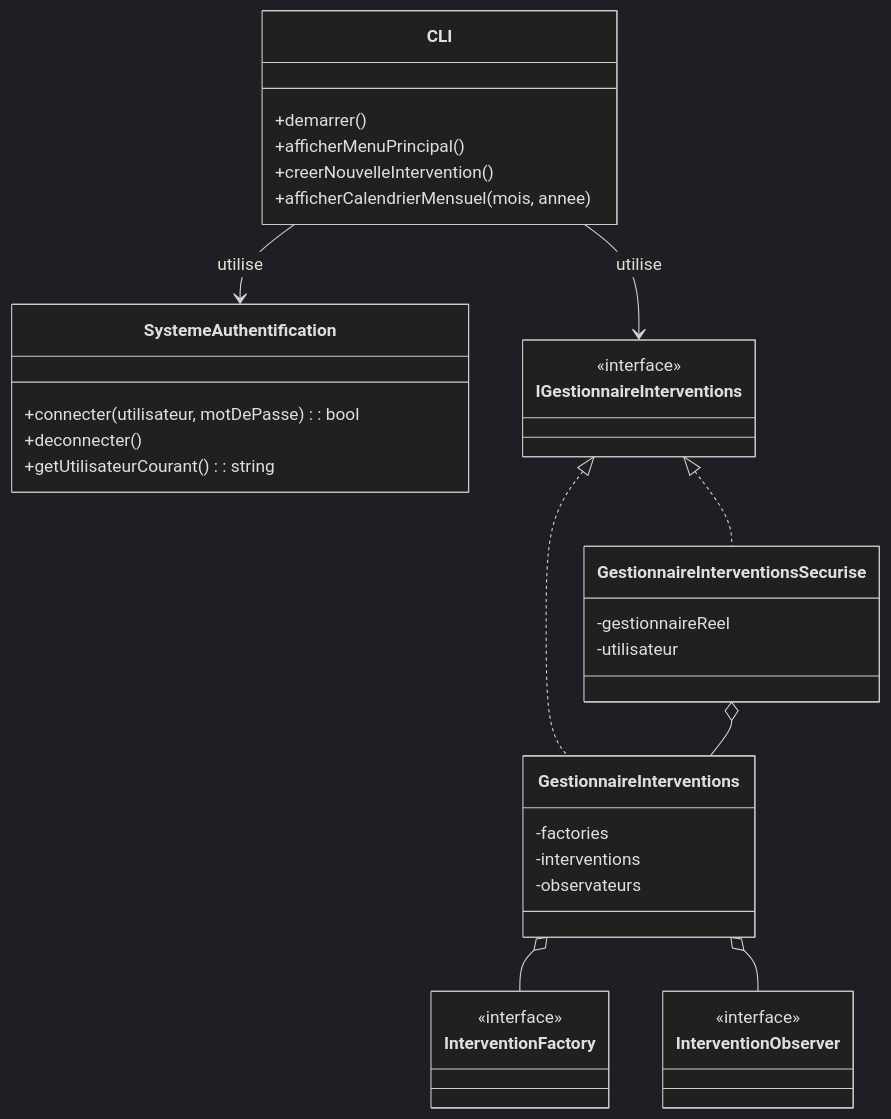
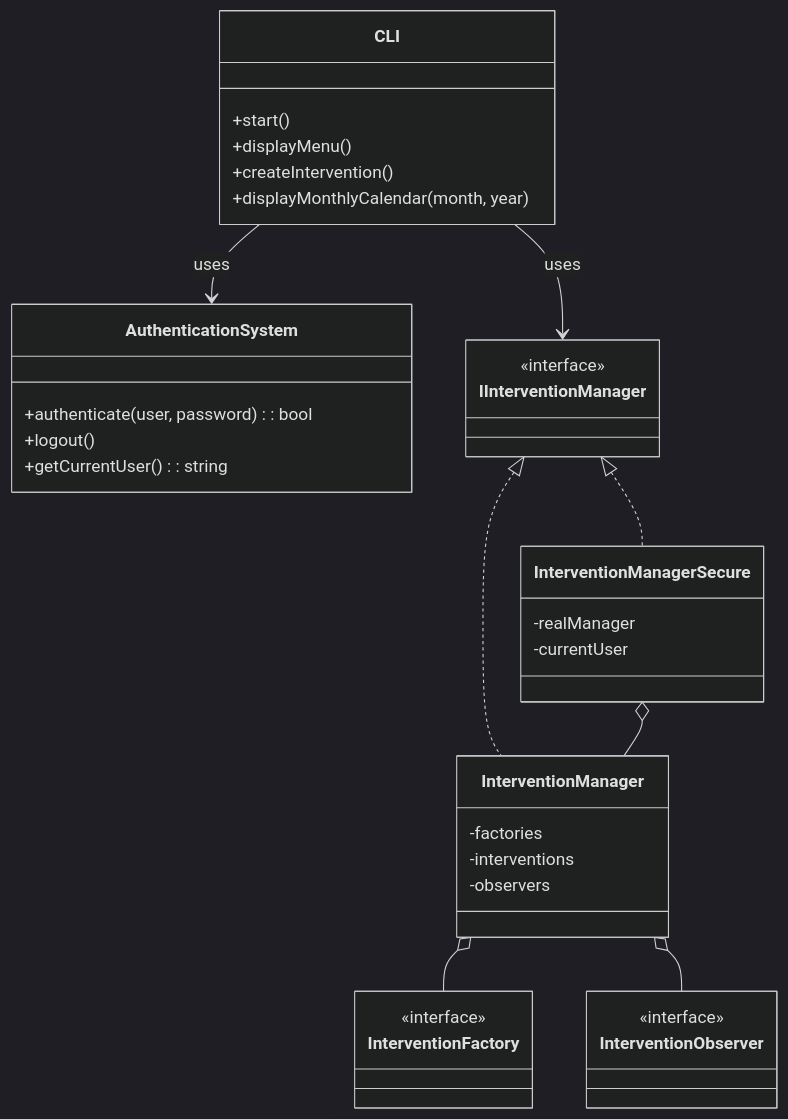
One commit to Krys012/TechInterventionPlanner changed the sixth of 6 diagrams in README.md. Above: the diagram before and after it, drawn with Mermaid (dark theme). The commit also changed other lines of this file and 1 other file, not shown here.

````diff
--- a/README.md
+++ b/README.md
@@ -290,40 +297,40 @@
 ```mermaid
 classDiagram
     class CLI {
-        +demarrer()
-        +afficherMenuPrincipal()
-        +creerNouvelleIntervention()
-        +afficherCalendrierMensuel(mois, annee)
+        +start()
+        +displayMenu()
+        +createIntervention()
+        +displayMonthlyCalendar(month, year)
     }
-    class SystemeAuthentification {
-        +connecter(utilisateur, motDePasse) : bool
-        +deconnecter()
-        +getUtilisateurCourant() : string
+    class AuthenticationSystem {
+        +authenticate(user, password) : bool
+        +logout()
+        +getCurrentUser() : string
     }
-    class IGestionnaireInterventions {
+    class IInterventionManager {
         <<interface>>
     }
-    class GestionnaireInterventionsSecurise {
-        -gestionnaireReel
-        -utilisateur
+    class InterventionManagerSecure {
+        -realManager
+        -currentUser
     }
-    class GestionnaireInterventions {
+    class InterventionManager {
         -factories
         -interventions
-        -observateurs
+        -observers
     }
     class InterventionFactory {
         <<interface>>
     }
     class InterventionObserver {
         <<interface>>
     }
     
-    CLI --> SystemeAuthentification : utilise
-    CLI --> IGestionnaireInterventions : utilise
-    IGestionnaireInterventions <|.. GestionnaireInterventionsSecurise
-    IGestionnaireInterventions <|.. GestionnaireInterventions
-    GestionnaireInterventionsSecurise o-- GestionnaireInterventions
-    GestionnaireInterventions o-- InterventionFactory
-    GestionnaireInterventions o-- InterventionObserver
+    CLI --> AuthenticationSystem : uses
+    CLI --> IInterventionManager : uses
+    IInterventionManager <|.. InterventionManagerSecure
+    IInterventionManager <|.. InterventionManager
+    InterventionManagerSecure o-- InterventionManager
+    InterventionManager o-- InterventionFactory
+    InterventionManager o-- InterventionObserver
 ```
````
